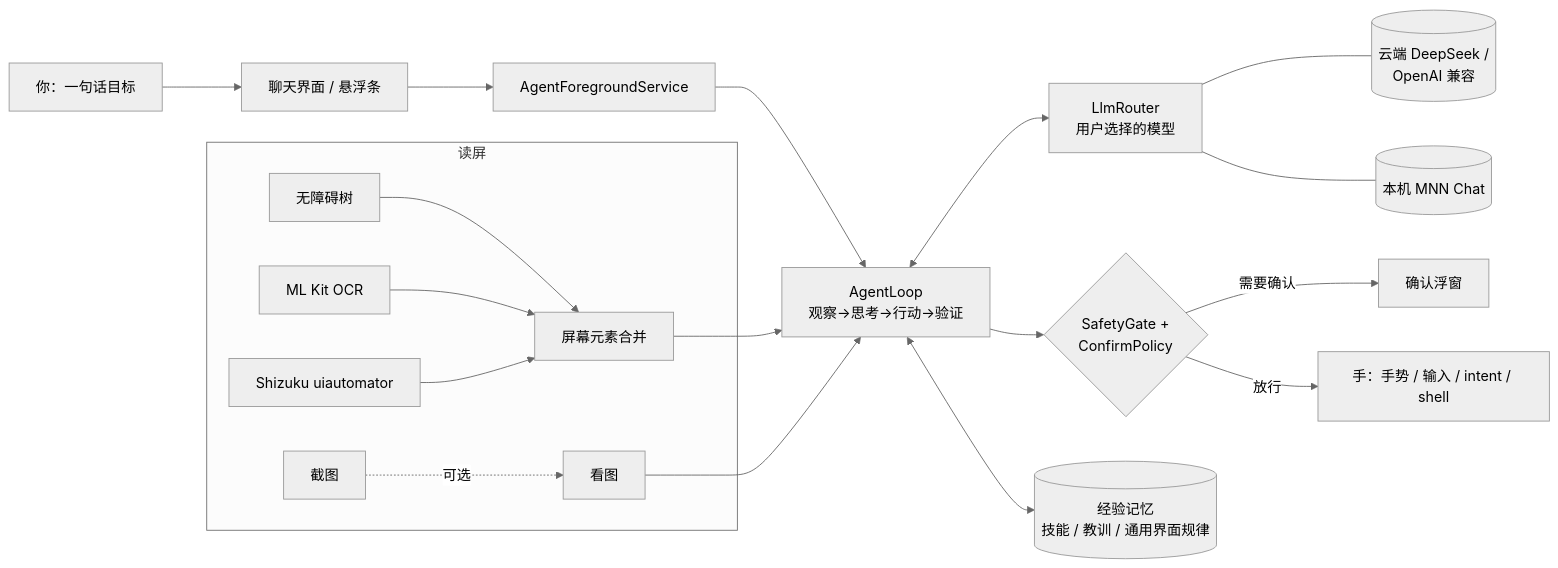
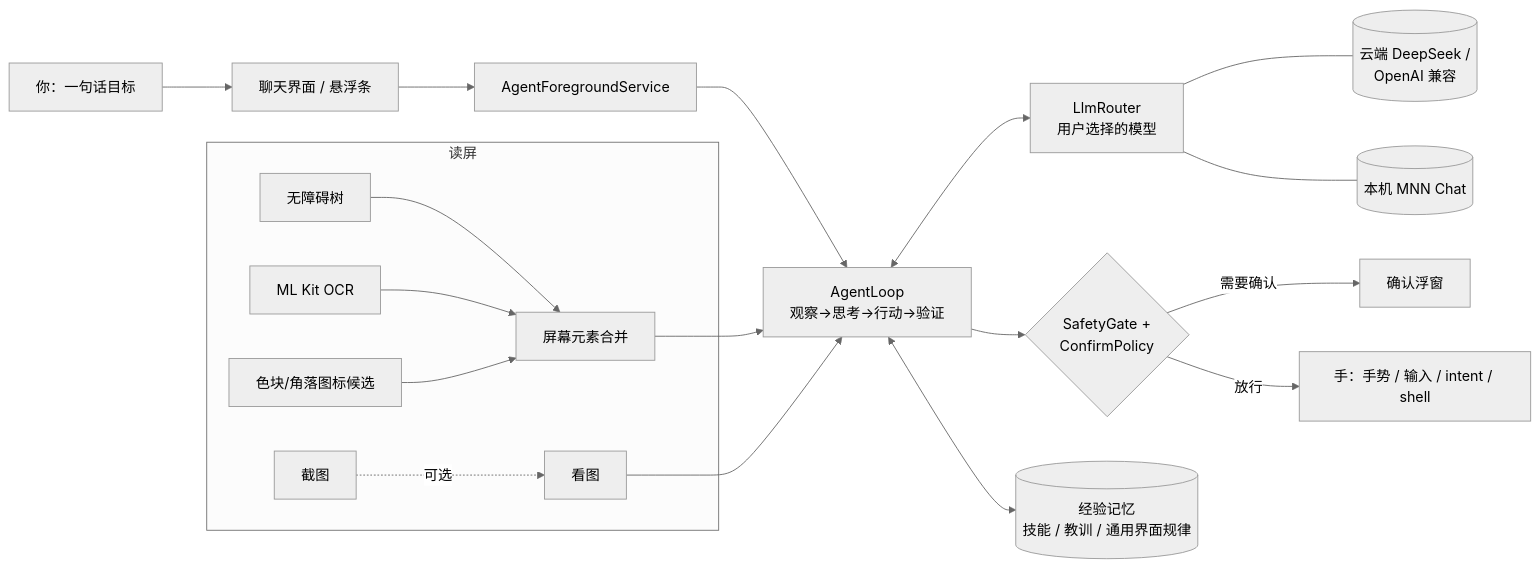
Before and after one commit to Runa-Asahi/tsuki-phone-agent: the diagram in README.md, drawn with Mermaid (neutral theme). The commit also changed other lines of this file and 16 other files, not shown here.

````diff
--- a/README.md
+++ b/README.md
@@ -34,21 +34,21 @@
 ```mermaid
 flowchart LR
     U[你：一句话目标] --> UI[聊天界面 / 悬浮条]
     UI --> S[AgentForegroundService]
     S --> L[AgentLoop<br/>观察→思考→行动→验证]
     subgraph Eyes[读屏]
       T[无障碍树] --> M[屏幕元素合并]
       O[ML Kit OCR] --> M
-      Z[Shizuku uiautomator] --> M
+      Z[色块/角落图标候选] --> M
       P[截图] -.可选.-> V[看图]
     end
     M --> L
     V --> L
     L <--> R[LlmRouter<br/>用户选择的模型]
     R --- C[(云端 DeepSeek /<br/>OpenAI 兼容)]
     R --- N[(本机 MNN Chat)]
     L --> G{SafetyGate +<br/>ConfirmPolicy}
     G -->|需要确认| CF[确认浮窗]
     G -->|放行| H[手：手势 / 输入 / intent / shell]
     L <--> MEM[(经验记忆<br/>技能 / 教训 / 通用界面规律)]
 ```
````
